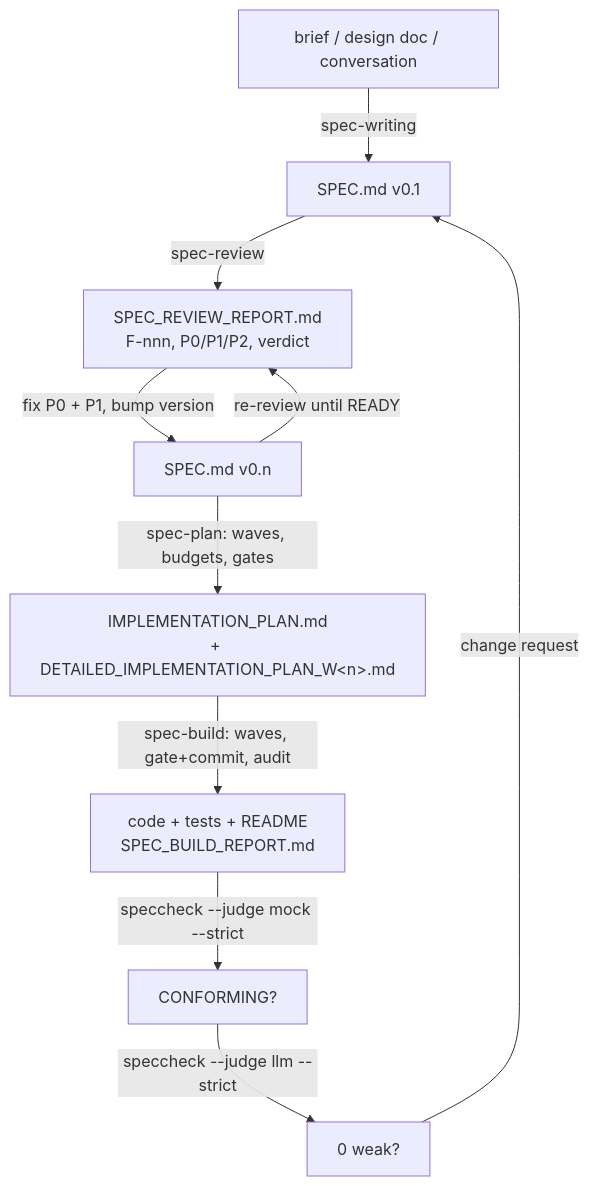
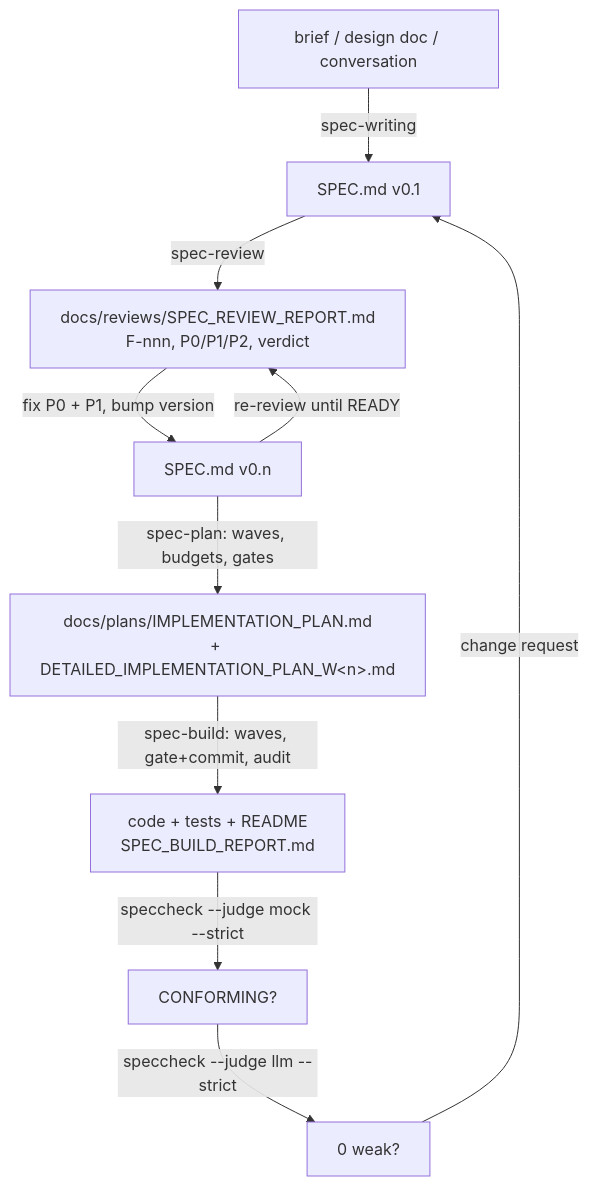
One commit to rioffe/speccheck changed the diagram in README.md. Above: the diagram before and after it, drawn with Mermaid. The commit also changed other lines of this file and 23 other files, not shown here.

First line of the commit message:
docs(repo): plans → docs/plans, proposals → docs/proposals, reviews → docs/reviews

````diff
--- a/README.md
+++ b/README.md
@@ -84,12 +84,12 @@
 ```mermaid
 flowchart TD
     B["brief / design doc / conversation"] -->|"spec-writing"| S["SPEC.md v0.1"]
-    S -->|"spec-review"| R["SPEC_REVIEW_REPORT.md<br/>F-nnn, P0/P1/P2, verdict"]
+    S -->|"spec-review"| R["docs/reviews/SPEC_REVIEW_REPORT.md<br/>F-nnn, P0/P1/P2, verdict"]
     R -->|"fix P0 + P1, bump version"| S2["SPEC.md v0.n"]
     S2 -->|"re-review until READY"| R
-    S2 -->|"spec-plan: waves, budgets, gates"| P["IMPLEMENTATION_PLAN.md<br/>+ DETAILED_IMPLEMENTATION_PLAN_W&lt;n&gt;.md"]
+    S2 -->|"spec-plan: waves, budgets, gates"| P["docs/plans/IMPLEMENTATION_PLAN.md<br/>+ DETAILED_IMPLEMENTATION_PLAN_W&lt;n&gt;.md"]
     P -->|"spec-build: waves, gate+commit, audit"| C["code + tests + README<br/>SPEC_BUILD_REPORT.md"]
     C -->|"speccheck --judge mock --strict"| G1["CONFORMING?"]
     G1 -->|"speccheck --judge llm --strict"| G2["0 weak?"]
     G2 -->|"change request"| S
 ```
````
